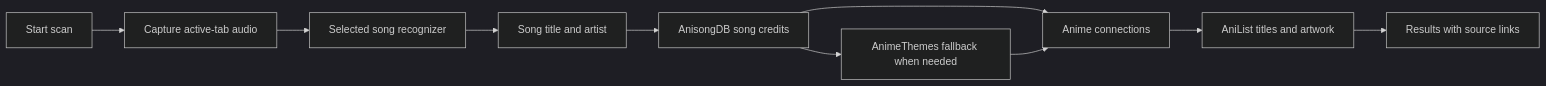
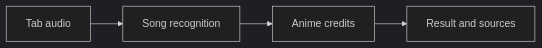
One commit to mfarhan08a/anioto changed the diagram in README.md. Above: the diagram before and after it, drawn with Mermaid (dark theme).

Commit message:
docs(readme): keep the recognition diagram readable on GitHub

````diff
--- a/README.md
+++ b/README.md
@@ -89,12 +89,6 @@
 ```mermaid
 flowchart LR
-    A[Start scan] --> B[Capture active-tab audio]
-    B --> C[Selected song recognizer]
-    C --> D[Song title and artist]
-    D --> E[AnisongDB song credits]
-    E --> F[AnimeThemes fallback when needed]
-    E --> G[Anime connections]
-    F --> G
-    G --> H[AniList titles and artwork]
-    H --> I[Results with source links]
+    A[Tab audio] --> B[Song recognition]
+    B --> C[Anime credits]
+    C --> D[Result and sources]
 ```
````
